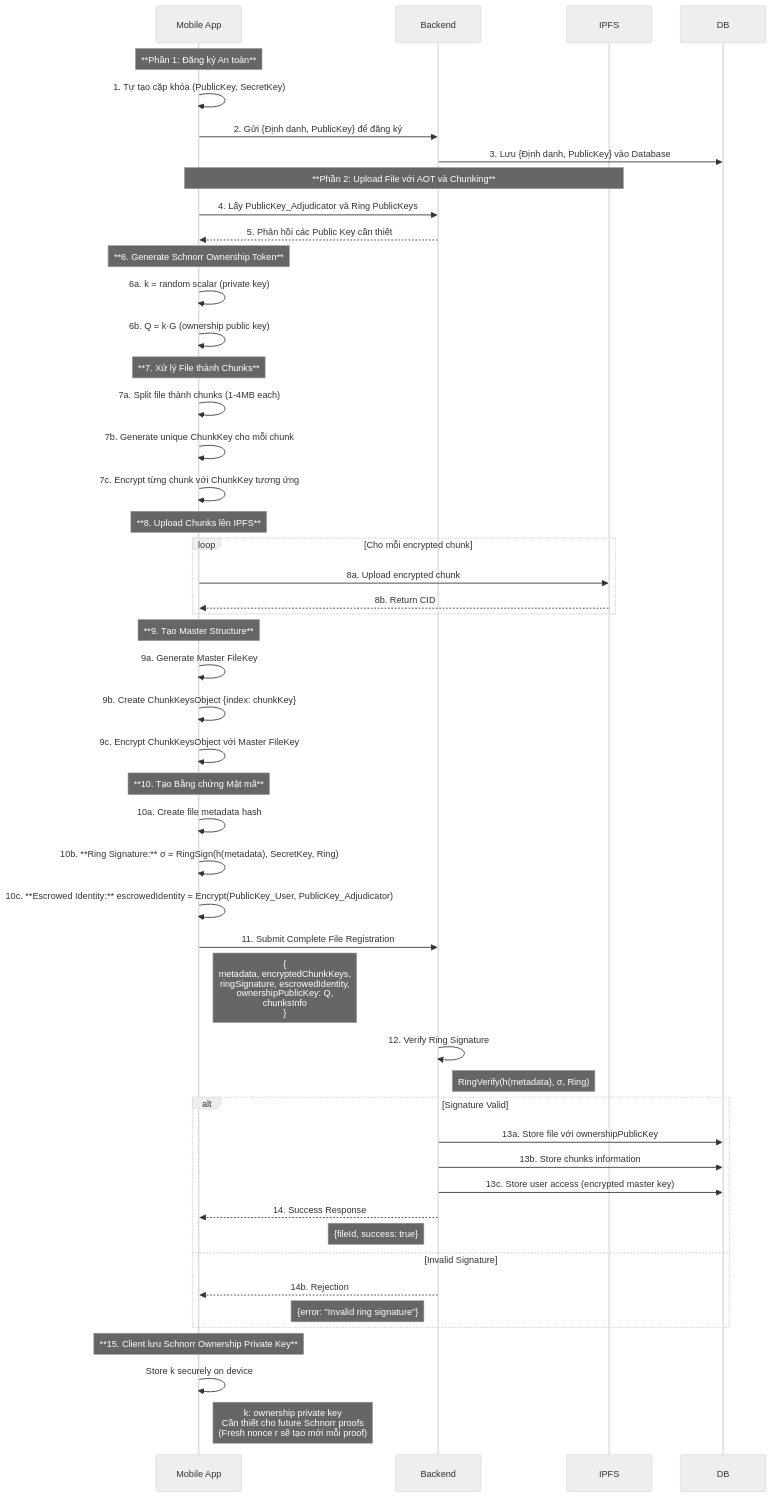
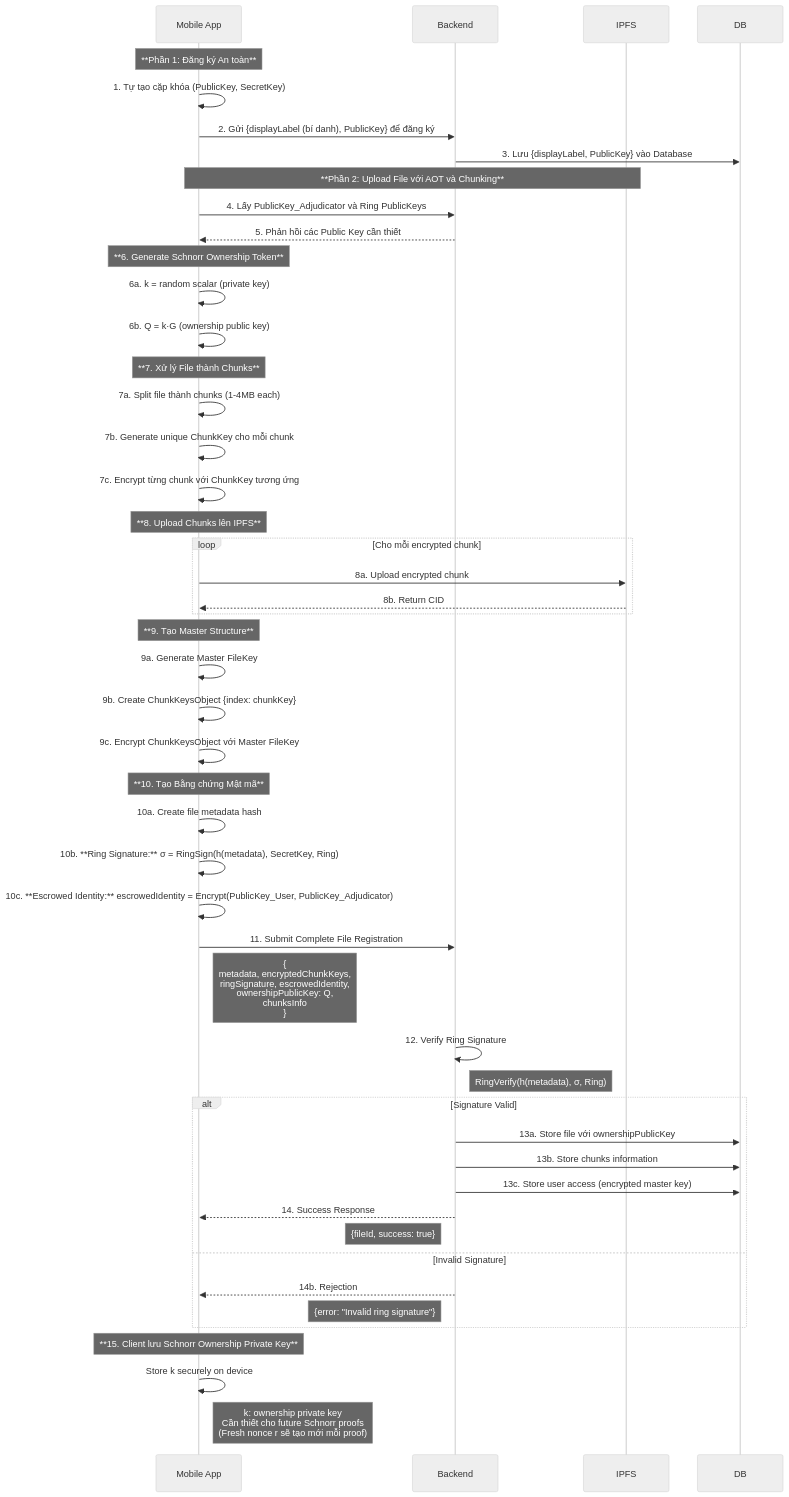
The second of 5 diagrams in New_Thesis.md (nguyenphuc22/ipfs-sandbox), drawn with Mermaid (neutral theme) before and after one commit. The commit also changed other lines of this file and 48 other files, not shown here.

Commit message:
Add initialization screen for AOT identity setup; implement display name input and secure key generation flow. Update AppWithIPFS to integrate identity management and enhance user experience with identity display.

````diff
--- a/New_Thesis.md
+++ b/New_Thesis.md
@@ -352,64 +359,64 @@
 ```mermaid
 sequenceDiagram
     participant Client as Mobile App
     participant Backend
     participant IPFS
     participant DB
 
     %% Registration (Unchanged)
     note over Client: **Phần 1: Đăng ký An toàn**
     Client->>Client: 1. Tự tạo cặp khóa (PublicKey, SecretKey)
-    Client->>Backend: 2. Gửi {Định danh, PublicKey} để đăng ký
-    Backend->>DB: 3. Lưu {Định danh, PublicKey} vào Database
+    Client->>Backend: 2. Gửi {displayLabel (bí danh), PublicKey} để đăng ký
+    Backend->>DB: 3. Lưu {displayLabel, PublicKey} vào Database
 
     %% Upload Process với AOT
     note over Client, IPFS: **Phần 2: Upload File với AOT và Chunking**
     Client->>Backend: 4. Lấy PublicKey_Adjudicator và Ring PublicKeys
     Backend-->>Client: 5. Phản hồi các Public Key cần thiết
 
     note over Client: **6. Generate Schnorr Ownership Token**
     Client->>Client: 6a. k = random scalar (private key)
     Client->>Client: 6b. Q = k·G (ownership public key)
     
     note over Client: **7. Xử lý File thành Chunks**
     Client->>Client: 7a. Split file thành chunks (1-4MB each)
     Client->>Client: 7b. Generate unique ChunkKey cho mỗi chunk
     Client->>Client: 7c. Encrypt từng chunk với ChunkKey tương ứng
 
     note over Client: **8. Upload Chunks lên IPFS**
     loop Cho mỗi encrypted chunk
         Client->>IPFS: 8a. Upload encrypted chunk
         IPFS-->>Client: 8b. Return CID
     end
 
     note over Client: **9. Tạo Master Structure**
     Client->>Client: 9a. Generate Master FileKey
     Client->>Client: 9b. Create ChunkKeysObject {index: chunkKey}
     Client->>Client: 9c. Encrypt ChunkKeysObject với Master FileKey
 
     note over Client: **10. Tạo Bằng chứng Mật mã**
     Client->>Client: 10a. Create file metadata hash
     Client->>Client: 10b. **Ring Signature:** σ = RingSign(h(metadata), SecretKey, Ring)
     Client->>Client: 10c. **Escrowed Identity:** escrowedIdentity = Encrypt(PublicKey_User, PublicKey_Adjudicator)
 
     Client->>Backend: 11. Submit Complete File Registration
     note right of Client: {<br/>  metadata, encryptedChunkKeys,<br/>  ringSignature, escrowedIdentity,<br/>  ownershipPublicKey: Q,<br/>  chunksInfo<br/>}
 
     Backend->>Backend: 12. Verify Ring Signature
     note right of Backend: RingVerify(h(metadata), σ, Ring)
 
     alt Signature Valid
         Backend->>DB: 13a. Store file với ownershipPublicKey
         Backend->>DB: 13b. Store chunks information
         Backend->>DB: 13c. Store user access (encrypted master key)
         Backend-->>Client: 14. Success Response
         note left of Backend: {fileId, success: true}
     else Invalid Signature
         Backend-->>Client: 14b. Rejection
         note left of Backend: {error: "Invalid ring signature"}
     end
 
     note over Client: **15. Client lưu Schnorr Ownership Private Key**
     Client->>Client: Store k securely on device
     note right of Client: k: ownership private key<br/>Cần thiết cho future Schnorr proofs<br/>(Fresh nonce r sẽ tạo mới mỗi proof)
 ```
````
